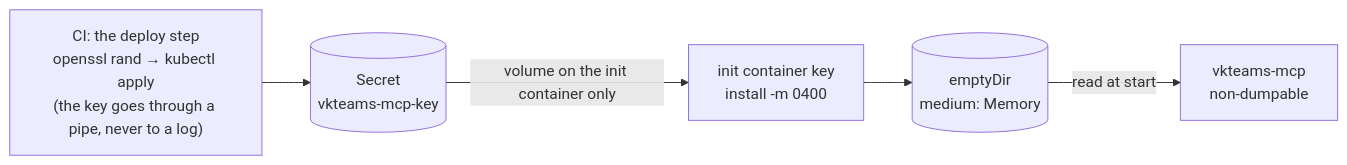
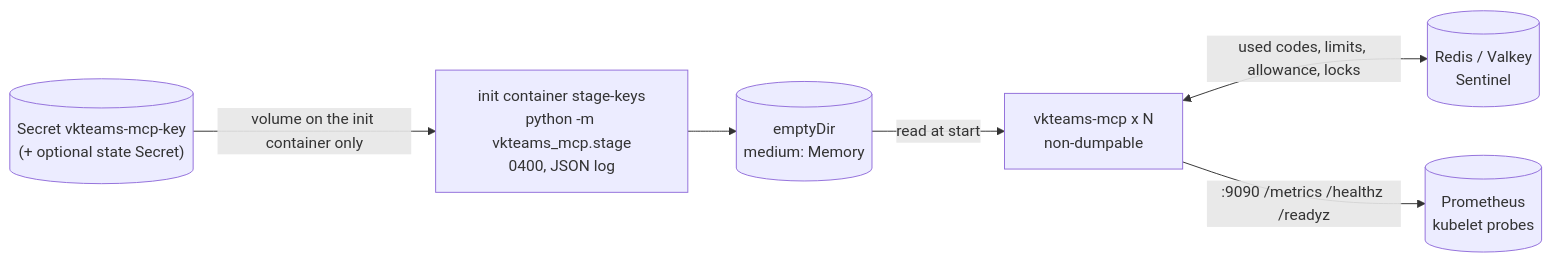
The diagram in deploy/README.en.md (widmo-ru/vkteams-mcp), drawn with Mermaid before and after one commit. The commit also changed other lines of this file and 73 other files, not shown here.

First line of the commit message:
0.4.0: many replicas on a shared state store, JSON logs, metrics, and a chart (#3)

````diff
--- a/deploy/README.en.md
+++ b/deploy/README.en.md
@@ -9,7 +24,8 @@
 ```mermaid
 flowchart LR
-  CI["CI: the deploy step<br/>openssl rand → kubectl apply<br/>(the key goes through a pipe, never to a log)"] --> S[("Secret<br/>vkteams-mcp-key")]
-  S -->|"volume on the init container only"| I["init container key<br/>install -m 0400"]
+  S[("Secret vkteams-mcp-key<br/>(+ optional state Secret)")] -->|"volume on the init container only"| I["init container stage-keys<br/>python -m vkteams_mcp.stage<br/>0400, JSON log"]
   I --> E[("emptyDir<br/>medium: Memory")]
-  E -->|"read at start"| M["vkteams-mcp<br/>non-dumpable"]
+  E -->|"read at start"| M["vkteams-mcp x N<br/>non-dumpable"]
+  M <-->|"used codes, limits, allowance, locks"| R[("Redis / Valkey<br/>Sentinel")]
+  M -->|":9090 /metrics /healthz /readyz"| P[("Prometheus<br/>kubelet probes")]
 ```
````
